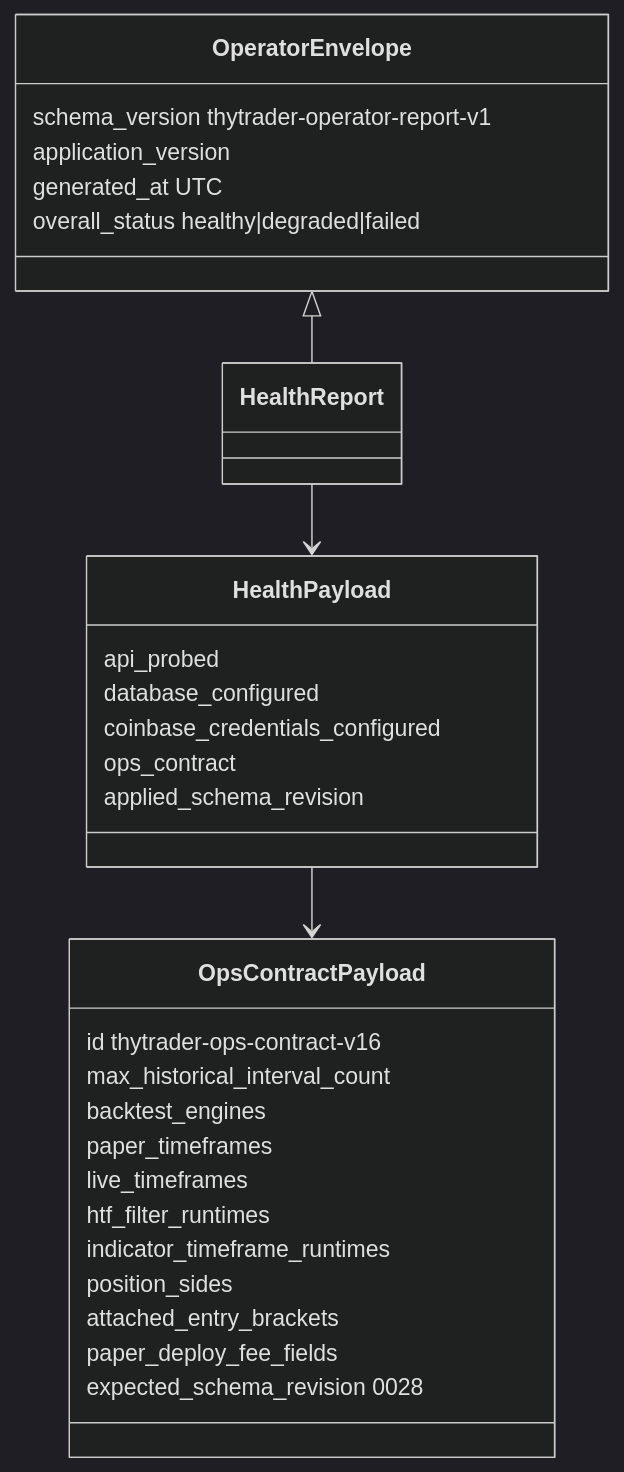
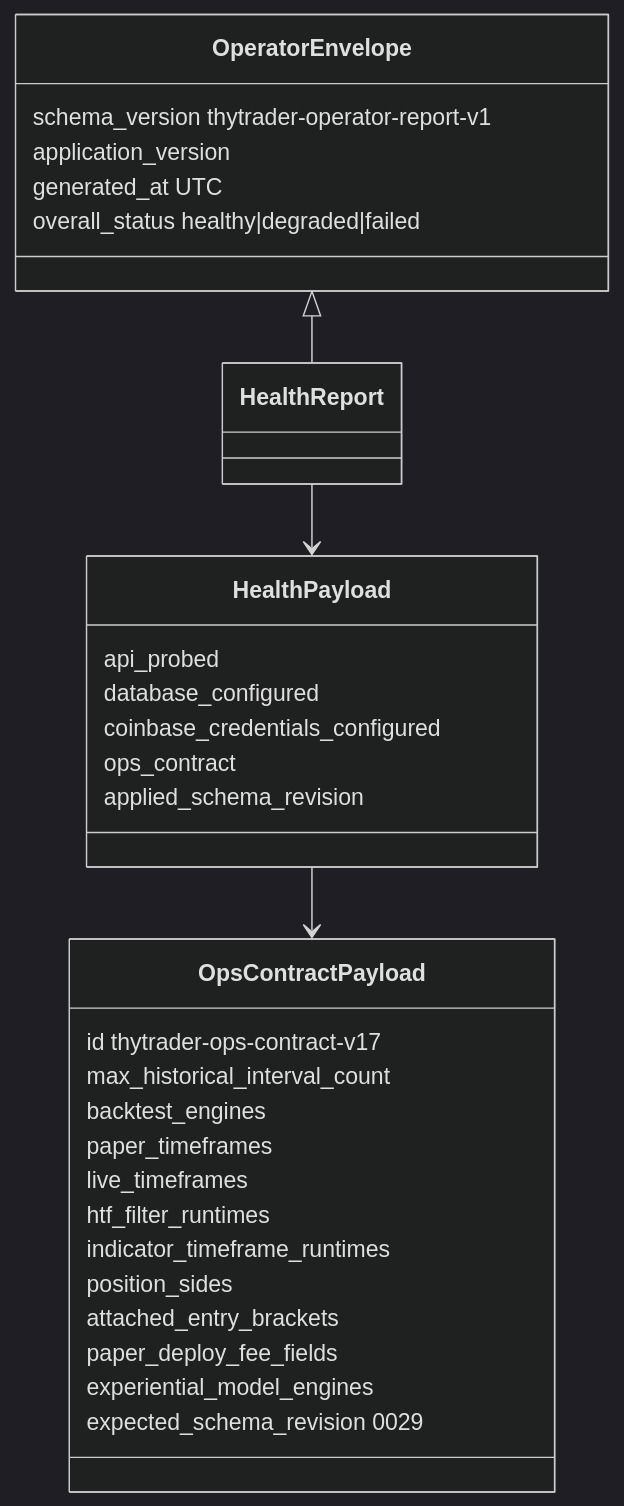
The first of 2 diagrams in docs/architecture/contracts/ops-contract.md (Zoltesh/thytrader), drawn with Mermaid (dark theme) before and after one commit. The commit also changed other lines of this file and 41 other files, not shown here.

````diff
--- a/docs/architecture/contracts/ops-contract.md
+++ b/docs/architecture/contracts/ops-contract.md
@@ -26,32 +27,33 @@
 ```mermaid
 classDiagram
   class OpsContractPayload {
-    id thytrader-ops-contract-v16
+    id thytrader-ops-contract-v17
     max_historical_interval_count
     backtest_engines
     paper_timeframes
     live_timeframes
     htf_filter_runtimes
     indicator_timeframe_runtimes
     position_sides
     attached_entry_brackets
     paper_deploy_fee_fields
-    expected_schema_revision 0028
+    experiential_model_engines
+    expected_schema_revision 0029
   }
   class HealthPayload {
     api_probed
     database_configured
     coinbase_credentials_configured
     ops_contract
     applied_schema_revision
   }
   class OperatorEnvelope {
     schema_version thytrader-operator-report-v1
     application_version
     generated_at UTC
     overall_status healthy|degraded|failed
   }
   HealthPayload --> OpsContractPayload
   OperatorEnvelope <|-- HealthReport
   HealthReport --> HealthPayload
 ```
````
